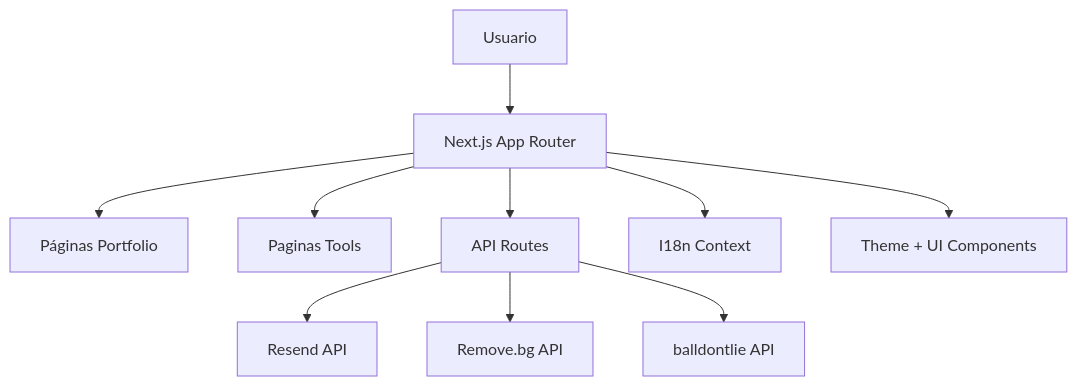
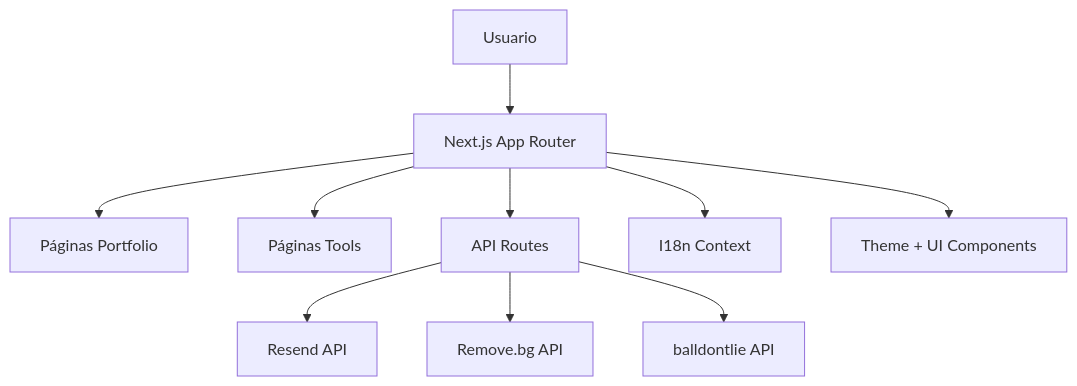
Before and after one commit to fmargar/dev-hub-fernando: the diagram in README.md, drawn with Mermaid. The commit also changed other lines of this file and 17 other files, not shown here.

````diff
--- a/README.md
+++ b/README.md
@@ -97,14 +86,14 @@
 ```mermaid
 flowchart TD
       A[Usuario] --> B[Next.js App Router]
       B --> C[Páginas Portfolio]
-      B --> D[Paginas Tools]
+      B --> D[Páginas Tools]
       B --> E[API Routes]
 
       E --> F[Resend API]
       E --> G[Remove.bg API]
       E --> H[balldontlie API]
 
       B --> I[I18n Context]
       B --> J[Theme + UI Components]
 ```
````
